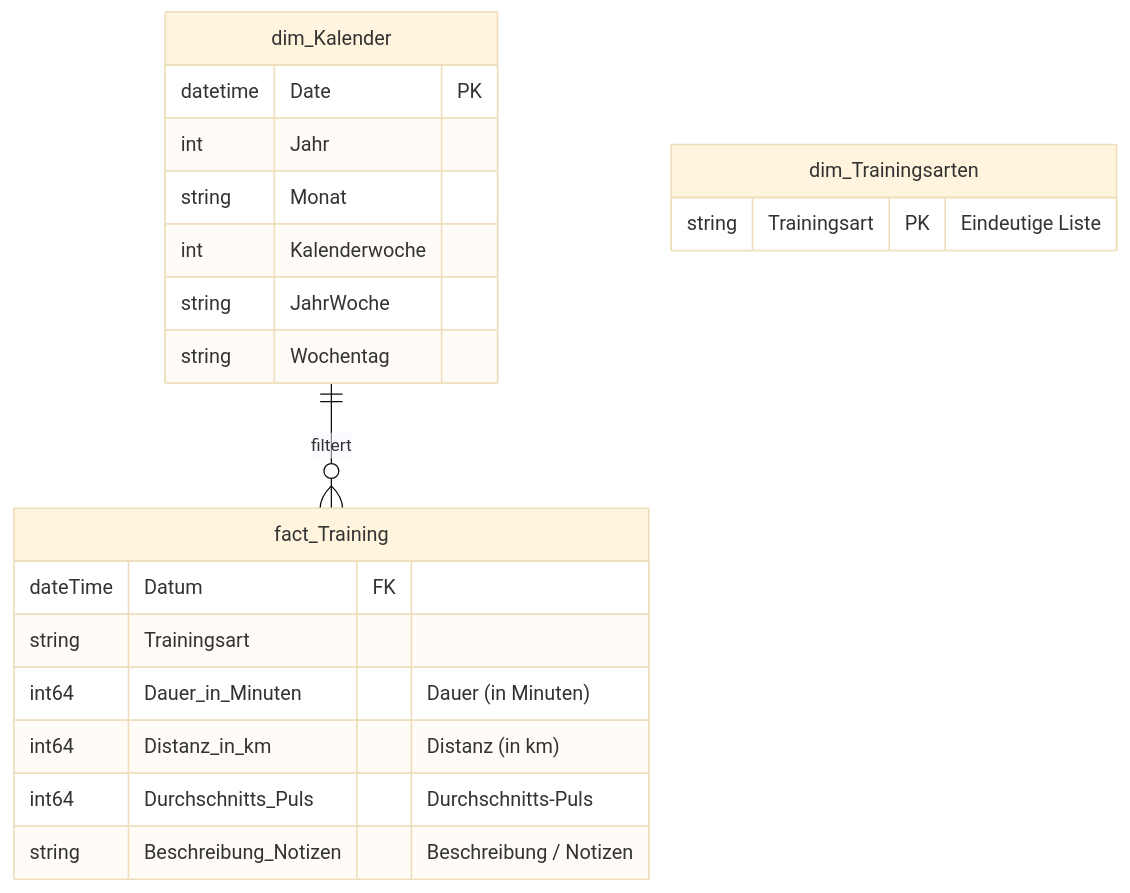
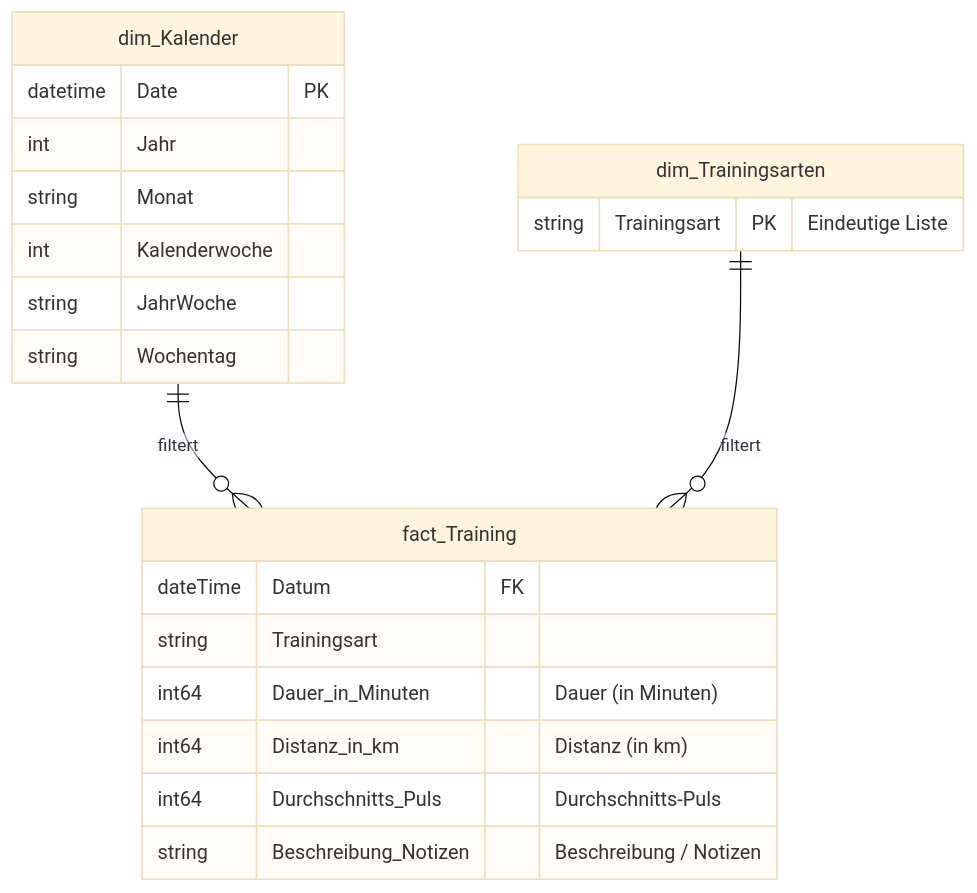
The diagram in docs/03_datenmodell.md (AndreasTraut/Personal-Fitness-BI), drawn with Mermaid (base theme) before and after one commit.

````diff
--- a/docs/03_datenmodell.md
+++ b/docs/03_datenmodell.md
@@ -13,25 +13,26 @@
 ```mermaid
 erDiagram
     dim_Kalender ||--o{ fact_Training : "filtert"
+	dim_Trainingsarten ||--o{ fact_Training : "filtert"
     
     dim_Kalender {
         datetime Date PK
         int Jahr
         string Monat
         int Kalenderwoche
         string JahrWoche
         string Wochentag
     }
 	
     dim_Trainingsarten {
         string Trainingsart PK "Eindeutige Liste"
     }
     fact_Training {
         dateTime Datum FK
         string Trainingsart
         int64 Dauer_in_Minuten "Dauer (in Minuten)"
         int64 Distanz_in_km "Distanz (in km)"
         int64 Durchschnitts_Puls "Durchschnitts-Puls"
         string Beschreibung_Notizen "Beschreibung / Notizen"
     }
 ```
````
